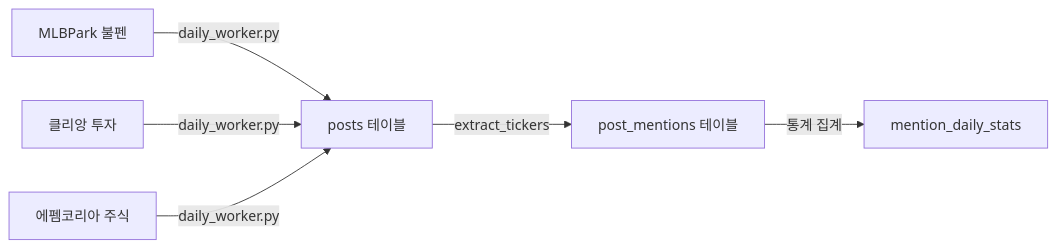
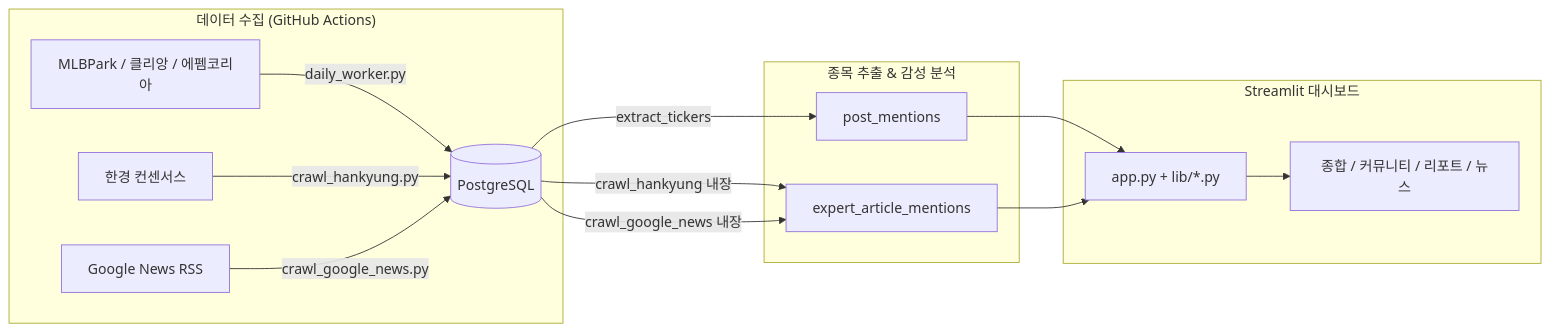
Before and after one commit to suyeongpark/human-index: the first of 3 diagrams in docs/project-structure.md, drawn with Mermaid. The commit also changed other lines of this file and 11 other files, not shown here.

````diff
--- a/docs/project-structure.md
+++ b/docs/project-structure.md
@@ -142,8 +23,20 @@
 ```mermaid
-graph LR
-    A[MLBPark 불펜] -->|daily_worker.py| D[posts 테이블]
-    B[클리앙 투자] -->|daily_worker.py| D
-    C[에펨코리아 주식] -->|daily_worker.py| D
-    D -->|extract_tickers| E[post_mentions 테이블]
-    E -->|통계 집계| F[mention_daily_stats]
+flowchart LR
+    subgraph 수집["데이터 수집 (GitHub Actions)"]
+        A1[MLBPark / 클리앙 / 에펨코리아] -->|daily_worker.py| DB[(PostgreSQL)]
+        A2[한경 컨센서스] -->|crawl_hankyung.py| DB
+        A3[Google News RSS] -->|crawl_google_news.py| DB
+    end
+
+    subgraph 처리["종목 추출 & 감성 분석"]
+        DB -->|extract_tickers| PM[post_mentions]
+        DB -->|crawl_hankyung 내장| EM[expert_article_mentions]
+        DB -->|crawl_google_news 내장| EM
+    end
+
+    subgraph 대시보드["Streamlit 대시보드"]
+        PM --> UI[app.py + lib/*.py]
+        EM --> UI
+        UI --> V[종합 / 커뮤니티 / 리포트 / 뉴스]
+    end
 ```
````
